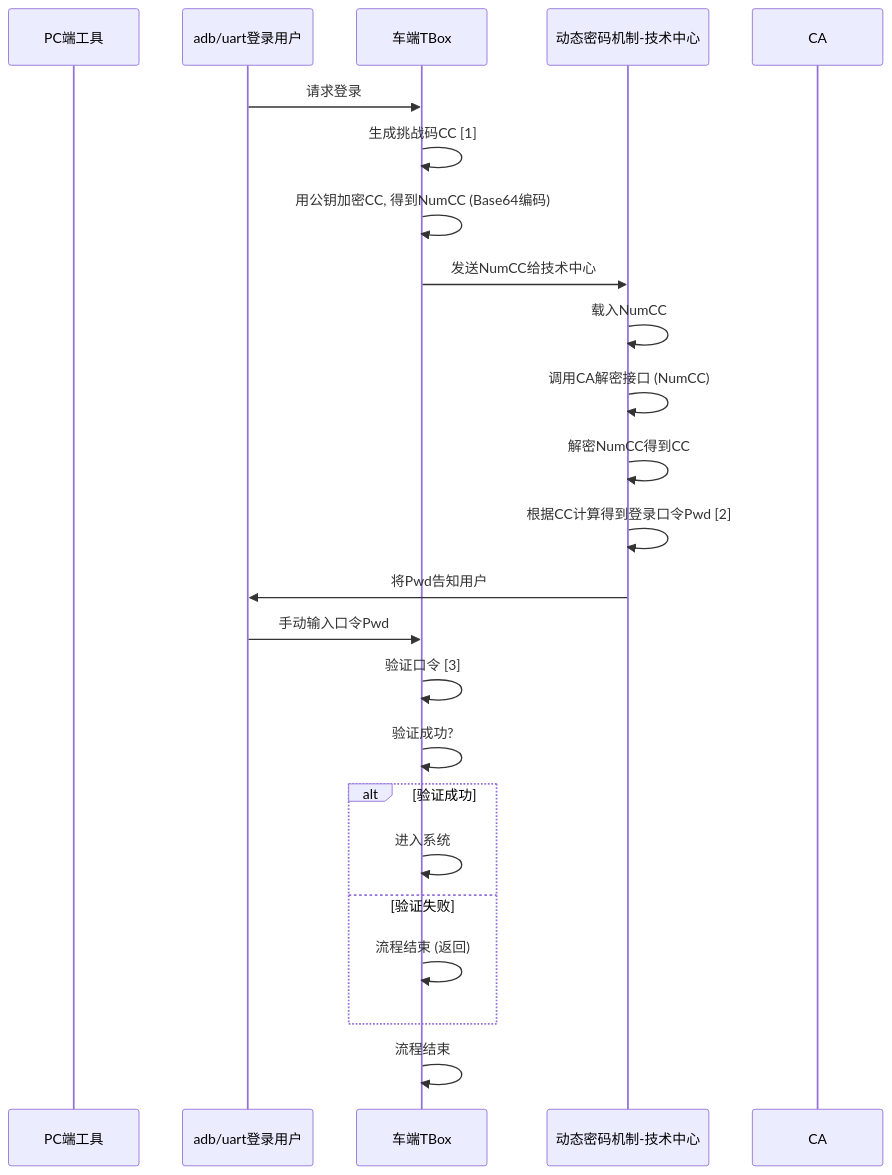
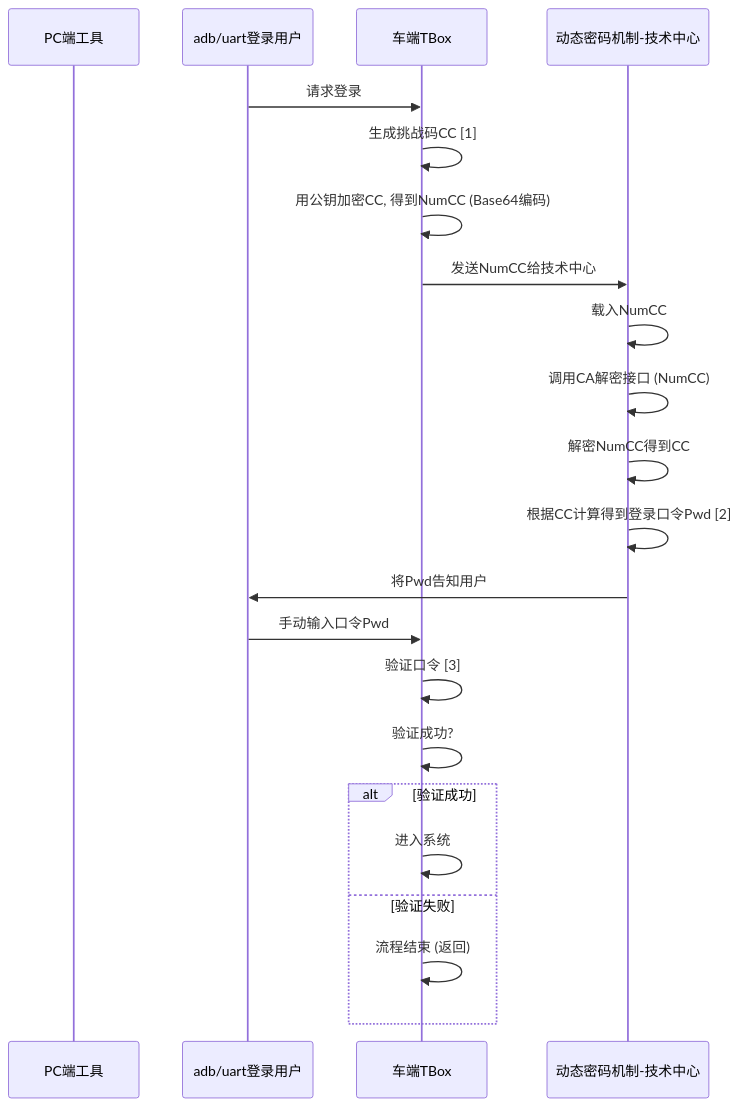
The diagram in all/未命名-13.md (facebook-cloud/iodraw-files), drawn with Mermaid before and after one commit.

Commit message:
2026-01-26 18:17:09 update

````diff
--- a/all/未命名-13.md
+++ b/all/未命名-13.md
@@ -1,28 +1,28 @@
 ```mermaid
 sequenceDiagram
     participant pc as PC端工具
     participant user as adb/uart登录用户
     participant tbox as 车端TBox
     participant tech_center as 动态密码机制-技术中心
-    participant ca as CA
+  
 
     user->>tbox: 请求登录
     tbox->>tbox: 生成挑战码CC [1]
     tbox->>tbox: 用公钥加密CC, 得到NumCC (Base64编码)
     tbox->>tech_center: 发送NumCC给技术中心
     tech_center->>tech_center: 载入NumCC
     tech_center->>tech_center: 调用CA解密接口 (NumCC)
     tech_center->>tech_center: 解密NumCC得到CC
     tech_center->>tech_center: 根据CC计算得到登录口令Pwd [2]
     tech_center->>user: 将Pwd告知用户
     user->>tbox: 手动输入口令Pwd
     tbox->>tbox: 验证口令 [3]
     tbox->>tbox: 验证成功?
     alt 验证成功
         tbox->>tbox: 进入系统
     else 验证失败
         tbox->>tbox: 流程结束 (返回)
     end
-    tbox->>tbox: 流程结束
+
 
 ```
````
